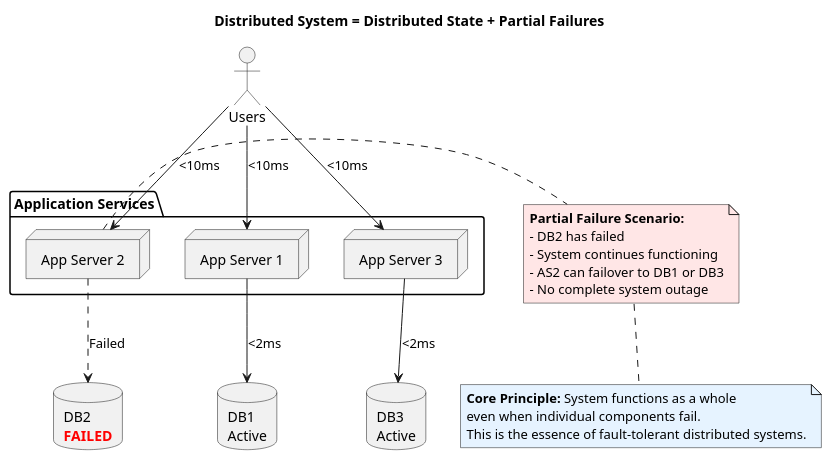
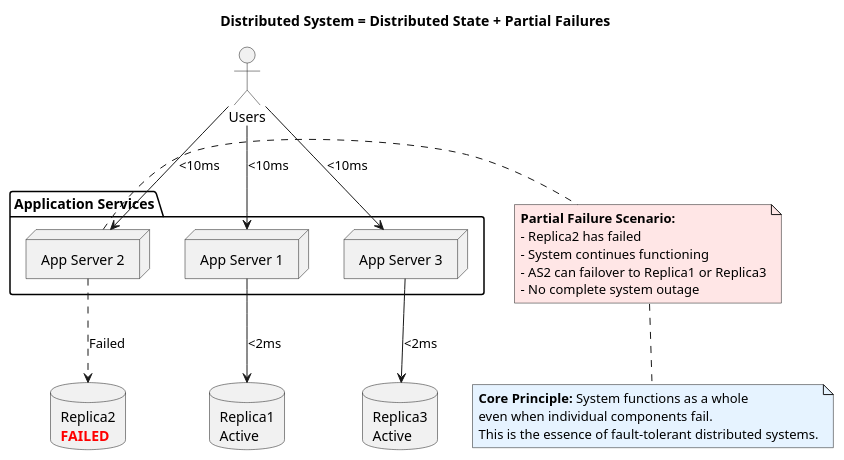
One commit to unmeshjoshi/MADSPlantUMLSteps changed the diagram in src/diagrams/foundation/02-problems/distributed_state_partial_failures.puml. Above: the diagram before and after it, drawn with PlantUML. The commit also changed 17 other files, not shown here.

```diff
--- a/src/diagrams/foundation/02-problems/distributed_state_partial_failures.puml
+++ b/src/diagrams/foundation/02-problems/distributed_state_partial_failures.puml
@@ -1,48 +1,48 @@
 @startuml
 
 title Distributed System = Distributed State + Partial Failures
 
 actor "Users" as Users
 package "Application Services" {
   node "App Server 1" as AS1
   node "App Server 2" as AS2
   node "App Server 3" as AS3
 }
 
 database DB1 [
-DB1
+Replica1
 Active
 ]
 
 database DB2_failed [
-DB2
+Replica2
 <color:red><b>FAILED</b></color>
 ]
 
 database DB3 [
-DB3
+Replica3
 Active
 ]
 
 Users --> AS1 : "<10ms"
 Users --> AS2 : "<10ms"
 Users --> AS3 : "<10ms"
 
 AS1 --> DB1 : "<2ms"
 AS2 -[dashed]-> DB2_failed : Failed
 AS3 --> DB3 : "<2ms"
 
 note right of AS2 #FFE6E6
 **Partial Failure Scenario:**
-- DB2 has failed
+- Replica2 has failed
 - System continues functioning
-- AS2 can failover to DB1 or DB3
+- AS2 can failover to Replica1 or Replica3
 - No complete system outage
 end note
 
 note bottom #E6F3FF
 **Core Principle:** System functions as a whole
 even when individual components fail.
 This is the essence of fault-tolerant distributed systems.
 end note
 @enduml 
```
